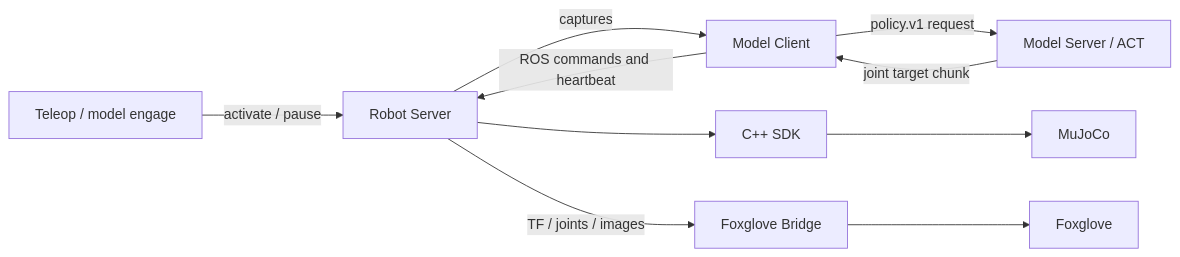
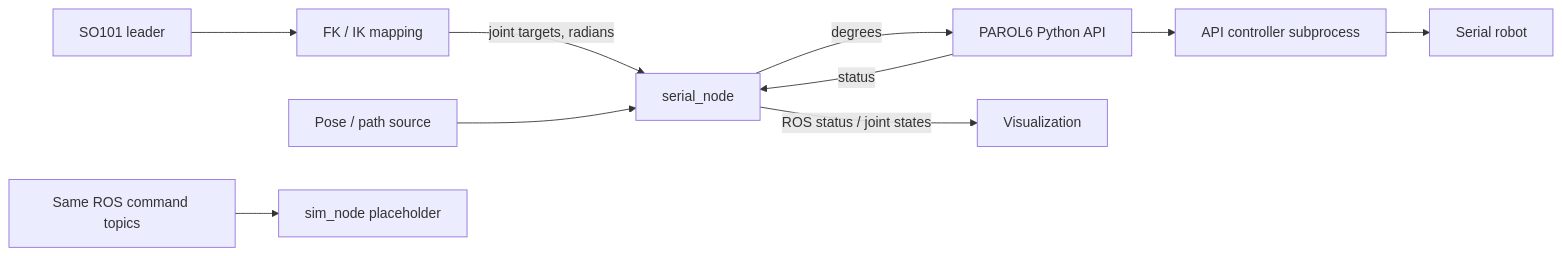
The diagram in README.md (marcusoberg/robot_ws), drawn with Mermaid before and after one commit. The commit also changed other lines of this file and 74 other files, not shown here.

Commit message:
Replace custom runtime with PAROL6 Python API experiment

````diff
--- a/README.md
+++ b/README.md
@@ -29,12 +21,12 @@
 ```mermaid
 flowchart LR
-    Captures[Robot Server] -->|captures| Client[Model Client]
-    Client -->|policy.v1 request| Model[Model Server / ACT]
-    Model -->|joint target chunk| Client
-    Client -->|ROS commands and heartbeat| Captures
-    Operator[Teleop / model engage] -->|activate / pause| Captures
-    Captures --> SDK[C++ SDK]
-    SDK --> Sim[MuJoCo]
-    Captures -->|TF / joints / images| Bridge[Foxglove Bridge]
-    Bridge --> Foxglove
+    Leader[SO101 leader] --> Mapping[FK / IK mapping]
+    Mapping -->|joint targets, radians| Serial[serial_node]
+    Pose[Pose / path source] --> Serial
+    Serial -->|degrees| API[PAROL6 Python API]
+    API --> Controller[API controller subprocess]
+    Controller --> Robot[Serial robot]
+    API -->|status| Serial
+    Serial -->|ROS status / joint states| Viewer[Visualization]
+    Commands[Same ROS command topics] --> Sim[sim_node placeholder]
 ```
````
